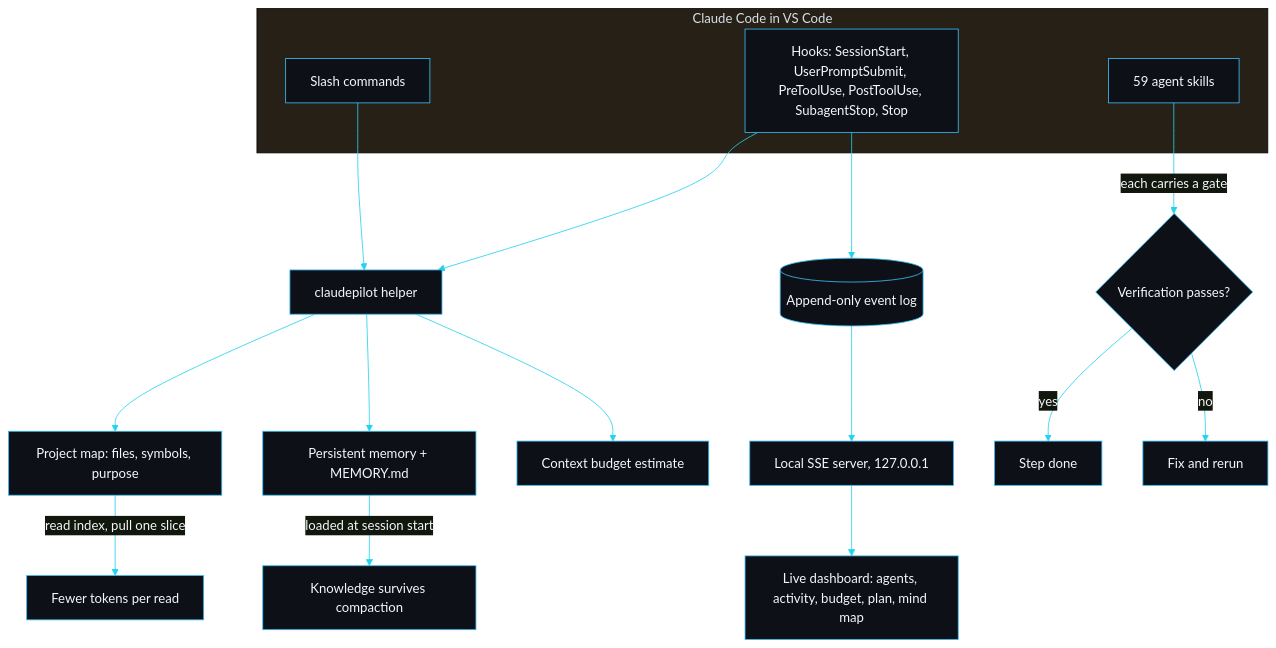
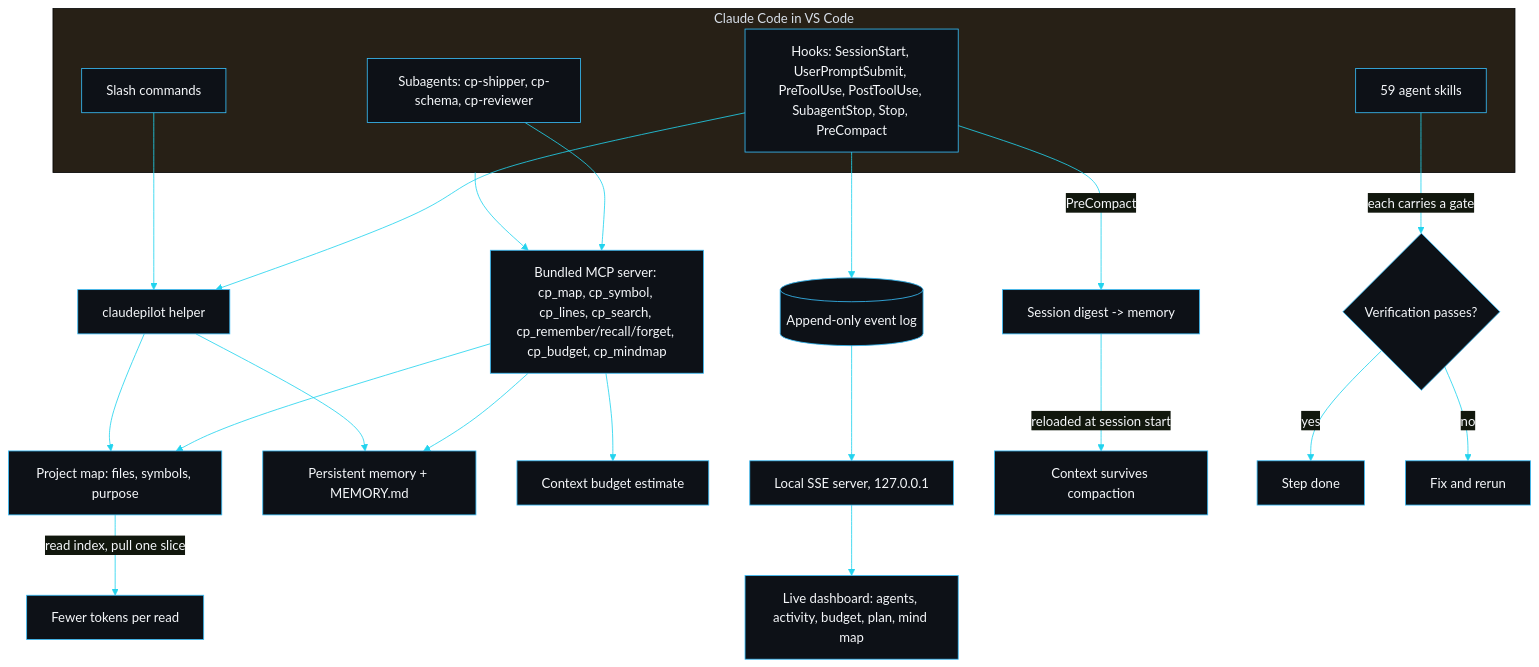
Before and after one commit to sarmakska/slipstream: the diagram in README.md, drawn with Mermaid. The commit also changed other lines of this file, not shown here.

````diff
--- a/README.md
+++ b/README.md
@@ -82,25 +145,31 @@
 ```mermaid
 %%{init: {'theme':'base','themeVariables':{'primaryColor':'#0d1117','primaryTextColor':'#f5f7fa','primaryBorderColor':'#38bdf8','lineColor':'#22d3ee','fontFamily':'monospace'}}}%%
 flowchart TD
   subgraph CC[Claude Code in VS Code]
-    Hooks[Hooks: SessionStart, UserPromptSubmit, PreToolUse, PostToolUse, SubagentStop, Stop]
+    Hooks[Hooks: SessionStart, UserPromptSubmit, PreToolUse, PostToolUse, SubagentStop, Stop, PreCompact]
     Cmds[Slash commands]
     Skills[59 agent skills]
+    Agents[Subagents: cp-shipper, cp-schema, cp-reviewer]
   end
 
+  CC --> MCP[Bundled MCP server: cp_map, cp_symbol, cp_lines, cp_search, cp_remember/recall/forget, cp_budget, cp_mindmap]
   Hooks --> Helper[claudepilot helper]
   Cmds --> Helper
+  Agents --> MCP
 
-  Helper --> Map[Project map: files, symbols, purpose]
-  Helper --> Mem[Persistent memory + MEMORY.md]
-  Helper --> Budget[Context budget estimate]
+  MCP --> Map[Project map: files, symbols, purpose]
+  Helper --> Map
+  MCP --> Mem[Persistent memory + MEMORY.md]
+  Helper --> Mem
+  MCP --> Budget[Context budget estimate]
+  Hooks -->|PreCompact| Digest[Session digest -> memory]
   Hooks --> Log[(Append-only event log)]
   Log --> Server[Local SSE server, 127.0.0.1]
   Server --> UI[Live dashboard: agents, activity, budget, plan, mind map]
 
   Map -->|read index, pull one slice| Tokens[Fewer tokens per read]
-  Mem -->|loaded at session start| Survive[Knowledge survives compaction]
+  Digest -->|reloaded at session start| Survive[Context survives compaction]
   Skills -->|each carries a gate| Gate{Verification passes?}
   Gate -->|yes| Done[Step done]
   Gate -->|no| Fix[Fix and rerun]
 ```
````
